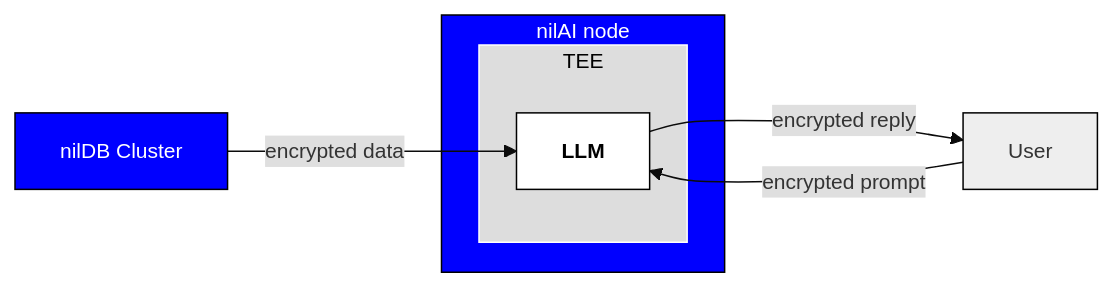
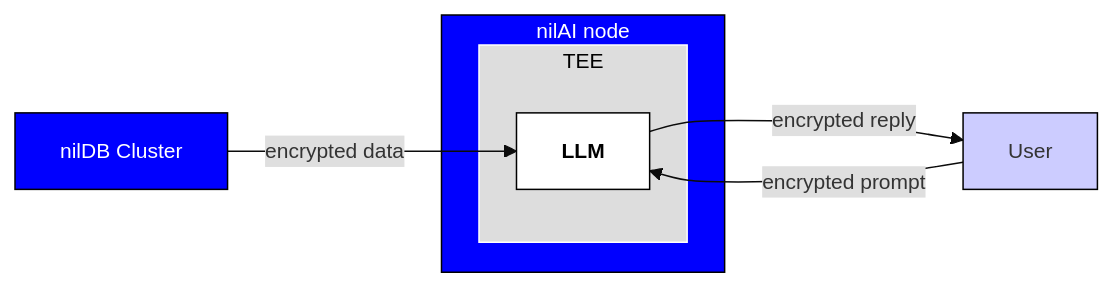
The second of 2 diagrams in docs/learn/blind-modules.md (NillionNetwork/nillion-docs), drawn with Mermaid before and after one commit. The commit also changed other lines of this file, not shown here.

Commit message:
docs: adjust colors in blind modules diagrams

````diff
--- a/docs/learn/blind-modules.md
+++ b/docs/learn/blind-modules.md
@@ -66,33 +66,33 @@
 ```mermaid
 %%{
     init: {
         'theme': 'base',
         'themeVariables': {
             'fontSize': '14px',
             'primaryBorderColor': '#000000',
             'secondaryBorderColor': '#000000',
             'tertiaryBorderColor': '#000000',
             'edgeLabelBackground': '#DFDFDF'
         }
     }
 }%%
 graph LR
     linkStyle default interpolate basis
 
     subgraph NILAI ["nilAI node<br/>"]
         TEE
     end
     style NILAI fill:#0000FF,color:#FFFFFF
 
     subgraph TEE
         L
     end
     style TEE fill:#DDDDDD,stroke:#FFFFFF,color:#000000
     style L fill:#FFFFFF,stroke:#000000,color:#000000
 
     U[User] -->|encrypted prompt| L[<b>LLM</b>]
     L  -->|encrypted reply| U
     NILDB[nilDB Cluster] -->|encrypted data| L
-    style U fill:#EEEEEE,stroke:#000000
+    style U fill:#CCCCFF,stroke:#000000
     style NILDB fill:#0000FF,color:#FFFFFF
 ```
````
